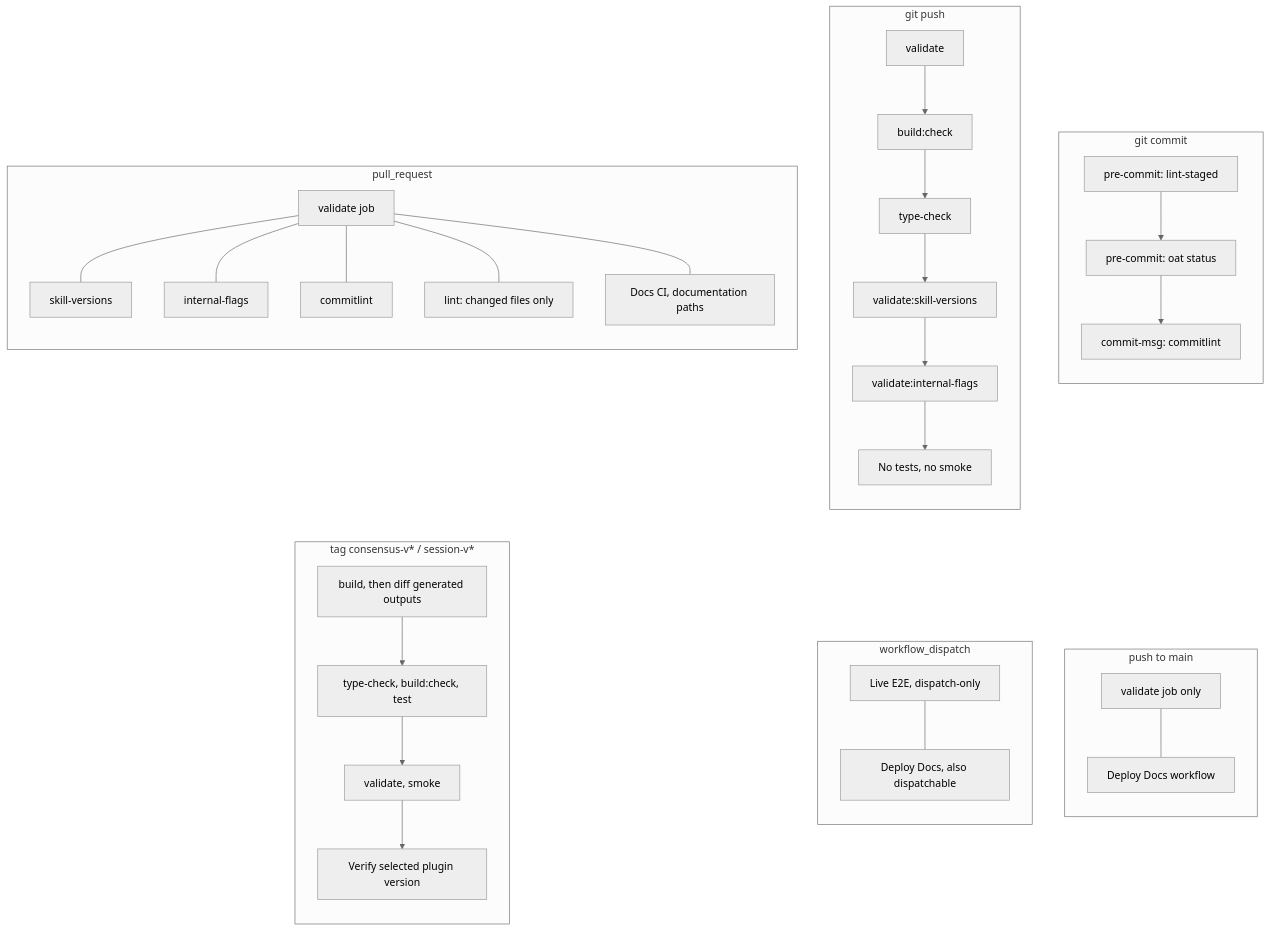
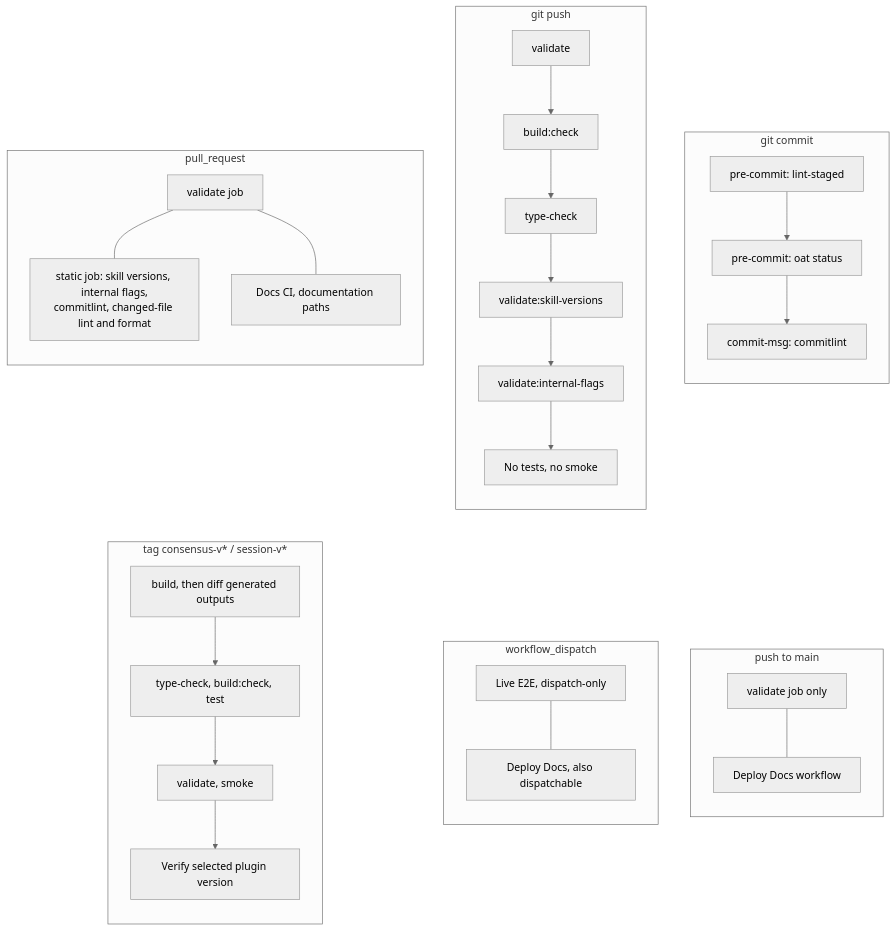
One commit to tkstang/skills changed the diagram in documentation/docs/engineering/contributing/development/hooks-and-safety.md. Above: the diagram before and after it, drawn with Mermaid (neutral theme). The commit also changed other lines of this file and 19 other files, not shown here.

````diff
--- a/documentation/docs/engineering/contributing/development/hooks-and-safety.md
+++ b/documentation/docs/engineering/contributing/development/hooks-and-safety.md
@@ -24,60 +24,54 @@
 ```mermaid
 flowchart TB
   accTitle: Where each verification gate runs
   accDescr: Six independent triggers run separate checks. git commit runs lint-staged, oat status and commitlint. git push runs validation without tests. Pull requests run parallel jobs. Pushes to main run validate and docs deploy. Manual dispatch runs live E2E, and release tags rerun the full suite.
   subgraph commit["git commit"]
     direction TB
     C1["pre-commit: lint-staged"]
     C2["pre-commit: oat status"]
     C3["commit-msg: commitlint"]
     C1 --> C2 --> C3
   end
   subgraph push["git push"]
     direction TB
     P1["validate"]
     P2["build:check"]
     P3["type-check"]
     P4["validate:skill-versions"]
     P5["validate:internal-flags"]
     P6["No tests, no smoke"]
     P1 --> P2 --> P3 --> P4 --> P5 --> P6
   end
   subgraph pr["pull_request"]
     direction TB
     V["validate job"]
-    J1["skill-versions"]
-    J2["internal-flags"]
-    J3["commitlint"]
-    J4["lint: changed files only"]
+    J1["static job: skill versions, internal flags,<br/>commitlint, changed-file lint and format"]
     J5["Docs CI, documentation paths"]
     V --- J1
-    V --- J2
-    V --- J3
-    V --- J4
     V --- J5
   end
   subgraph main["push to main"]
     direction TB
     M1["validate job only"]
     M2["Deploy Docs workflow"]
     M1 --- M2
   end
   subgraph dispatch["workflow_dispatch"]
     direction TB
     D1["Live E2E, dispatch-only"]
     D2["Deploy Docs, also dispatchable"]
     D1 --- D2
   end
   subgraph tag["tag consensus-v* / session-v*"]
     direction TB
     T1["build, then diff generated outputs"]
     T2["type-check, build:check, test"]
     T3["validate, smoke"]
     T4["Verify selected plugin version"]
     T1 --> T2 --> T3 --> T4
   end
 
   C3 ~~~ M1
   P6 ~~~ D1
   J5 ~~~ T1
 ```
````
